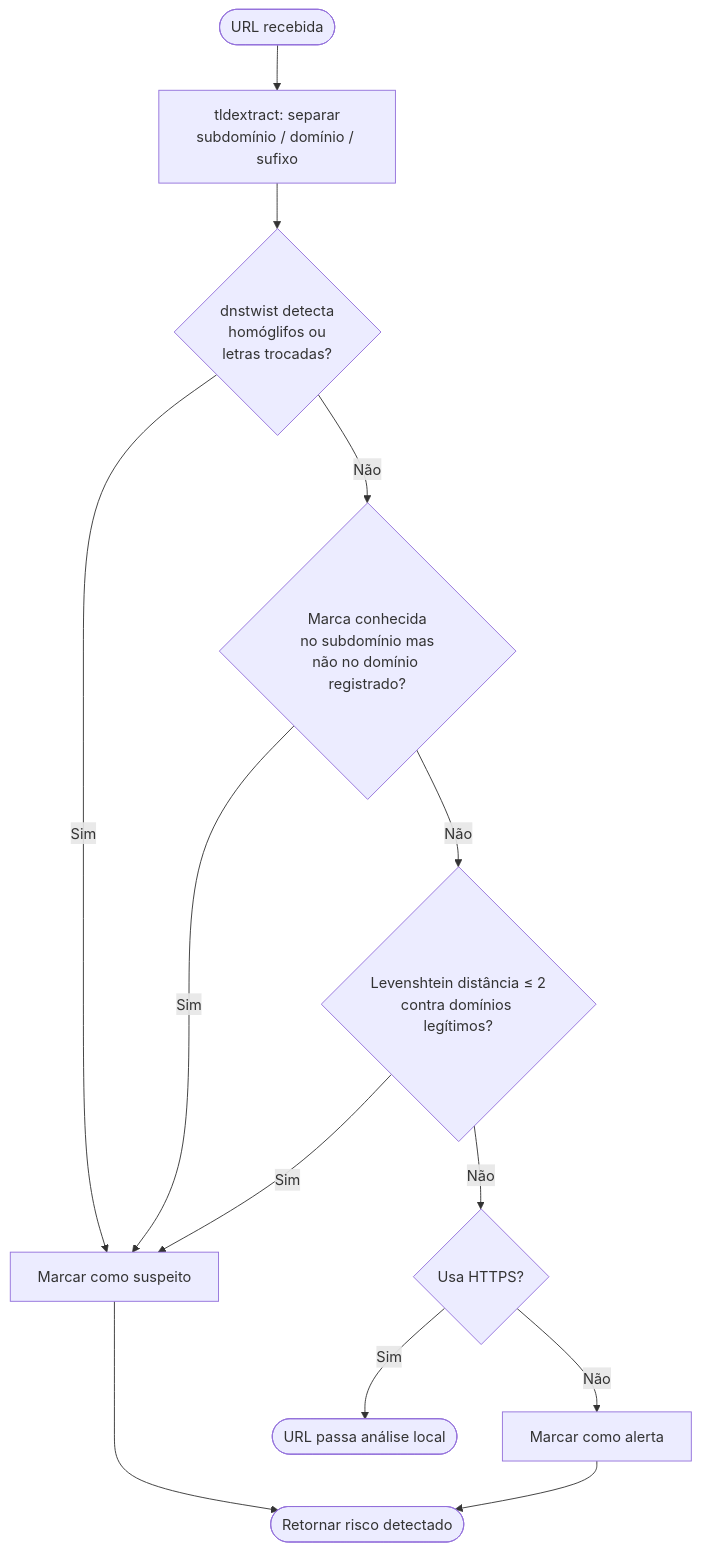
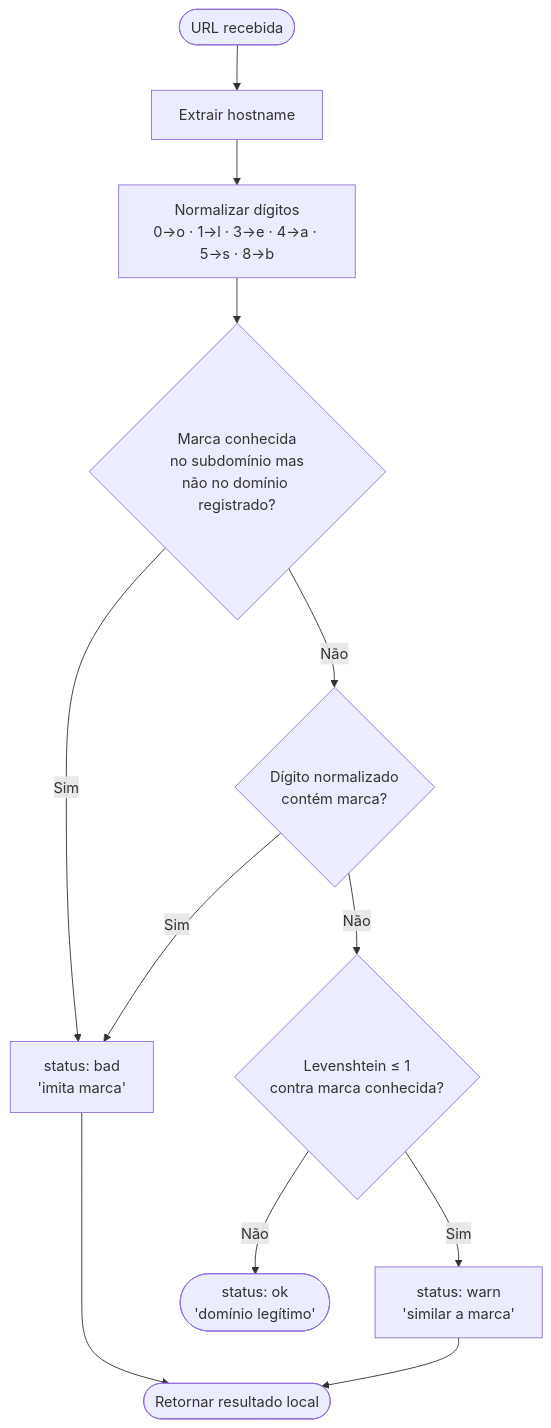
One commit to LeoGotardo/phising changed the third of 6 diagrams in docs/casos-de-uso.md. Above: the diagram before and after it, drawn with Mermaid. The commit also changed other lines of this file and 4 other files, not shown here.

````diff
--- a/docs/casos-de-uso.md
+++ b/docs/casos-de-uso.md
@@ -77,15 +69,14 @@
 ```mermaid
 flowchart TD
-    A([URL recebida]) --> P[tldextract: separar\nsubdomínio / domínio / sufixo]
-    P --> B{dnstwist detecta\nhomóglifos ou\nletras trocadas?}
-    B -->|Sim| C[Marcar como suspeito]
-    B -->|Não| D{Marca conhecida\nno subdomínio mas\nnão no domínio registrado?}
+    A([URL recebida]) --> H[Extrair hostname]
+    H --> DN[Normalizar dígitos\n0→o · 1→l · 3→e · 4→a · 5→s · 8→b]
+    DN --> B{Marca conhecida\nno subdomínio mas\nnão no domínio registrado?}
+    B -->|Sim| C[status: bad\n'imita marca']
+    B -->|Não| D{Dígito normalizado\ncontém marca?}
     D -->|Sim| C
-    D -->|Não| E{Levenshtein distância ≤ 2\ncontra domínios legítimos?}
-    E -->|Sim| C
-    E -->|Não| F{Usa HTTPS?}
-    F -->|Não| G[Marcar como alerta]
-    F -->|Sim| H([URL passa análise local])
-    C --> I([Retornar risco detectado])
+    D -->|Não| E{Levenshtein ≤ 1\ncontra marca conhecida?}
+    E -->|Sim| G[status: warn\n'similar a marca']
+    E -->|Não| F([status: ok\n'domínio legítimo'])
+    C --> I([Retornar resultado local])
     G --> I
 ```
````
